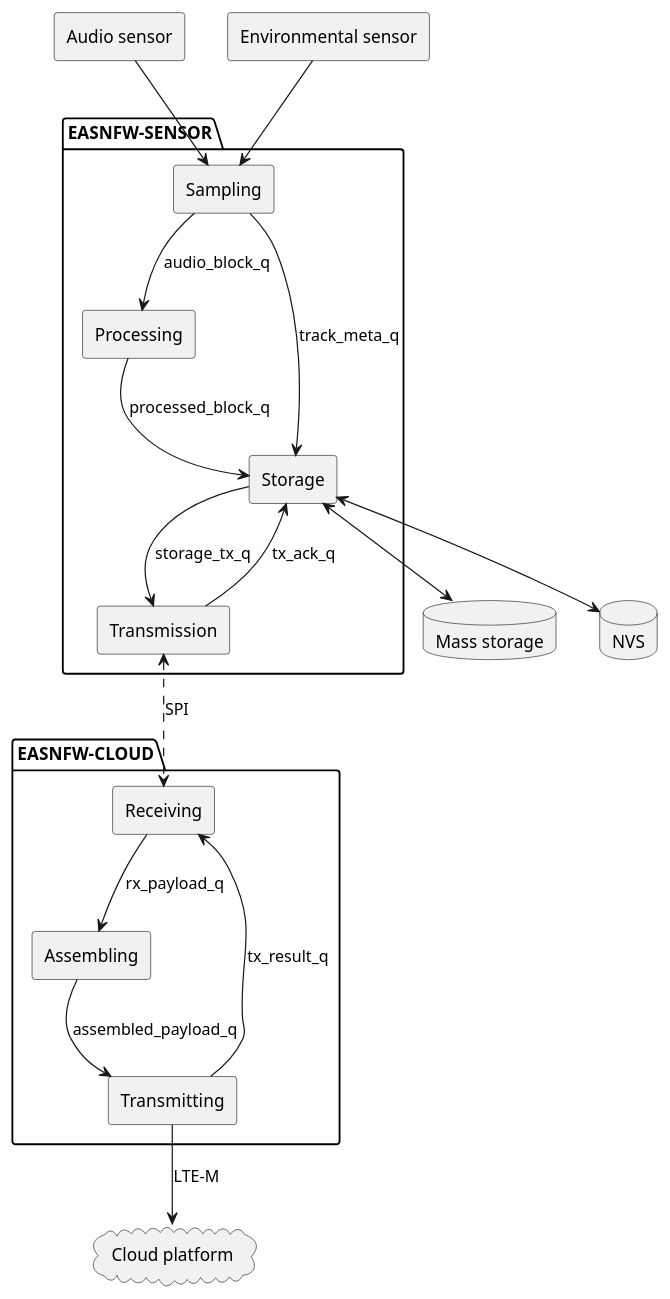
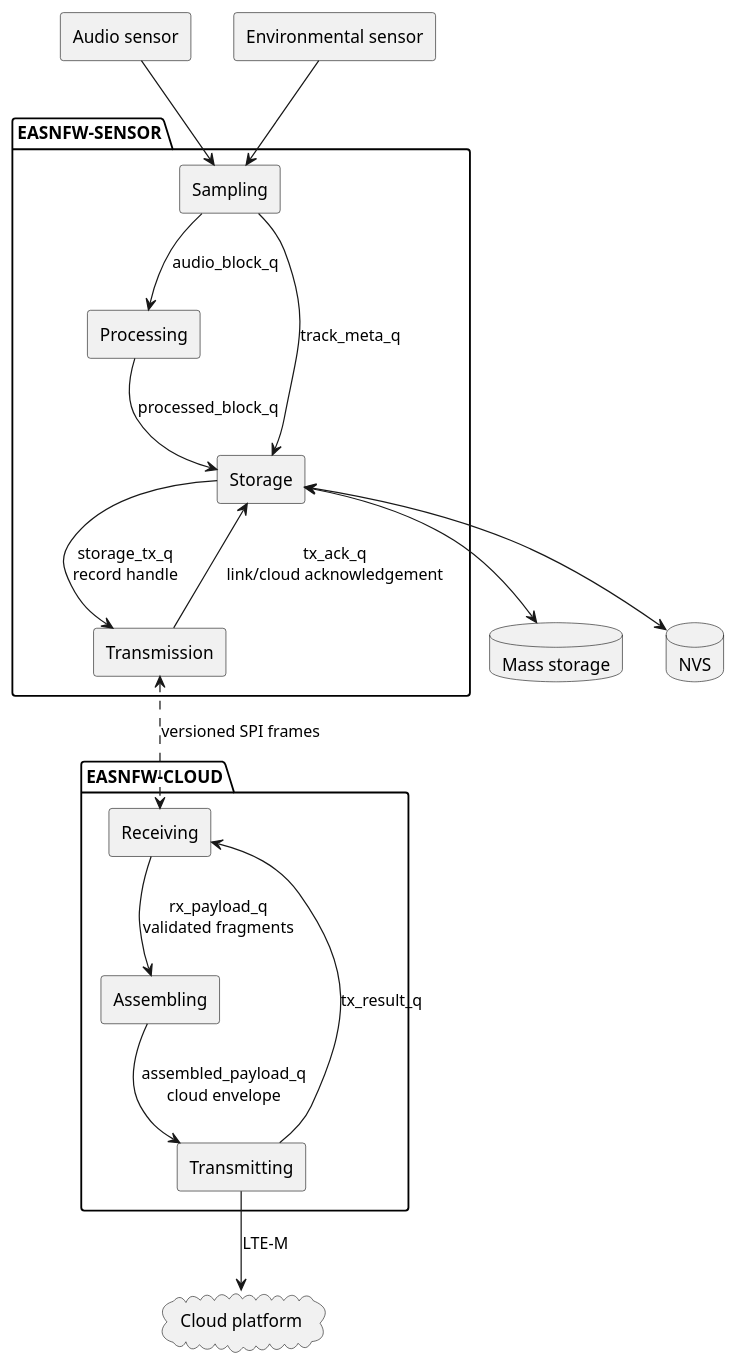
The diagram in docs/sphinx/source/chapters/architecture.rst (hslourenc/easnfw), drawn with PlantUML before and after one commit. The commit also changed other lines of this file and 10 other files, not shown here.

Commit message:
docs: refine EASN data and deployment architecture

```diff
--- a/docs/sphinx/source/chapters/architecture.rst
+++ b/docs/sphinx/source/chapters/architecture.rst
@@ -192,46 +216,46 @@
 .. uml::
 
    @startuml
    skinparam componentStyle rectangle
    skinparam backgroundColor transparent
 
    package "EASNFW-SENSOR" {
      [Sampling] as Sampling
      [Processing] as Processing
      [Storage] as Storage
      [Transmission] as TxSensor
    }
 
    package "EASNFW-CLOUD" {
      [Receiving] as Receiving
      [Assembling] as Assembling
      [Transmitting] as TxCloud
    }
 
    component "Audio sensor" as AudioSensor
    component "Environmental sensor" as EnvSensor
    database "Mass storage" as MassStorage
    database "NVS" as NVS
    cloud "Cloud platform" as CloudPlatform
 
    AudioSensor --> Sampling
    EnvSensor --> Sampling
 
    Sampling --> Processing : audio_block_q
    Sampling --> Storage : track_meta_q
    Processing --> Storage : processed_block_q
 
    Storage <--> MassStorage
    Storage <--> NVS
 
-   Storage --> TxSensor : storage_tx_q
-   TxSensor --> Storage : tx_ack_q
+   Storage --> TxSensor : storage_tx_q\nrecord handle
+   TxSensor --> Storage : tx_ack_q\nlink/cloud acknowledgement
 
-   TxSensor <..> Receiving : SPI
+   TxSensor <..> Receiving : versioned SPI frames
 
-   Receiving --> Assembling : rx_payload_q
-   Assembling --> TxCloud : assembled_payload_q
+   Receiving --> Assembling : rx_payload_q\nvalidated fragments
+   Assembling --> TxCloud : assembled_payload_q\ncloud envelope
    TxCloud --> Receiving : tx_result_q
 
    TxCloud --> CloudPlatform : LTE-M
    @enduml
```
